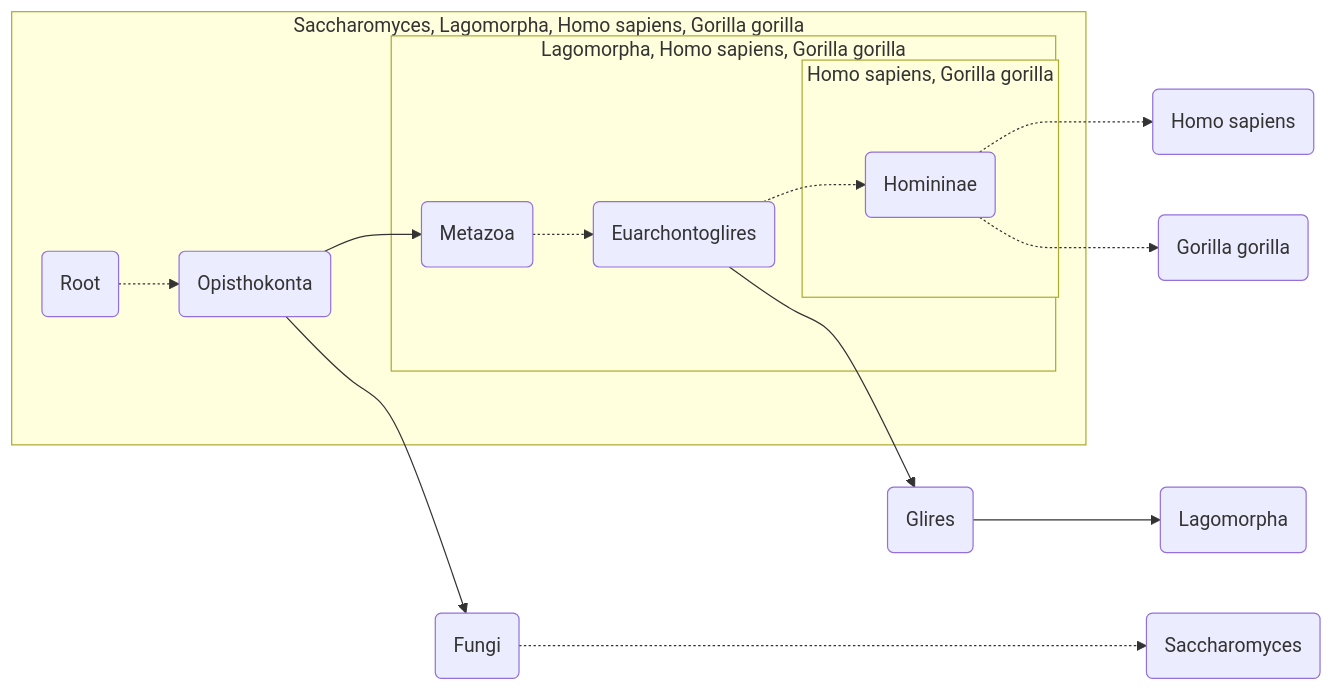
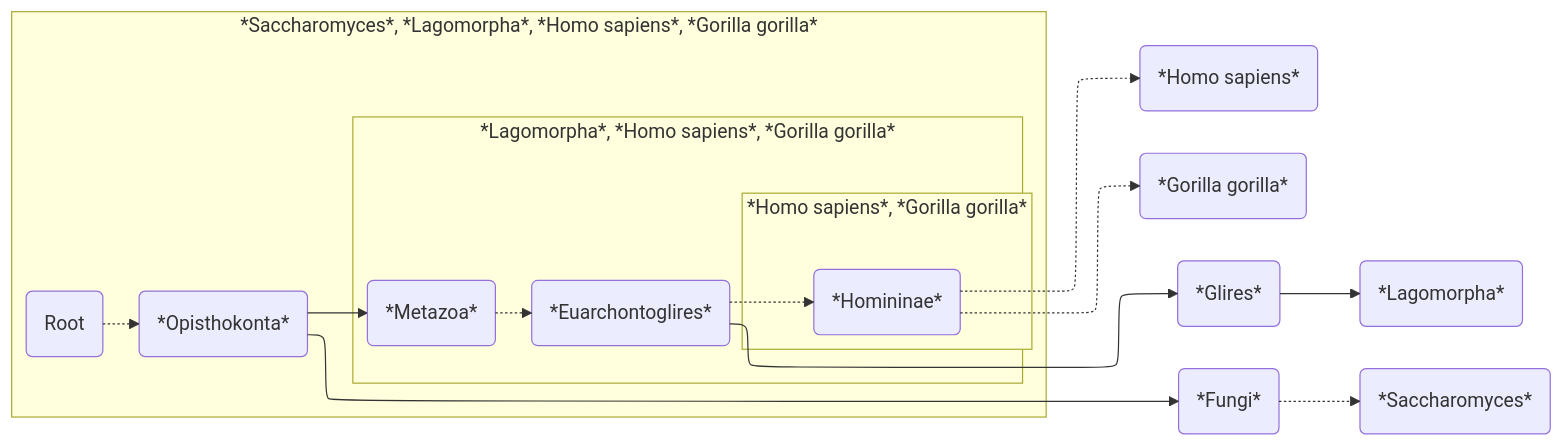
One commit to apcamargo/taxopy changed the third of 3 diagrams in docs/guide.md. Above: the diagram before and after it, drawn with Mermaid. The commit also changed other lines of this file and 3 other files, not shown here.

Commit message:
docs: use the ELK layout in diagrams

````diff
--- a/docs/guide.md
+++ b/docs/guide.md
@@ -188,18 +196,22 @@
 ```mermaid
+---
+config:
+  layout: elk
+---
 graph LR
-    subgraph cluster1 ["Saccharomyces, Lagomorpha, Homo sapiens, Gorilla gorilla"]
-        R(Root) -.-> O(Opisthokonta) --> M(Metazoa)
-        subgraph cluster2 ["Lagomorpha, Homo sapiens, Gorilla gorilla"]
-            M -.-> E(Euarchontoglires)
-            E -.-> HN(Homininae)
-            subgraph cluster3 ["Homo sapiens, Gorilla gorilla"]
+    subgraph cluster1 ["*Saccharomyces*, *Lagomorpha*, *Homo sapiens*, *Gorilla gorilla*"]
+        R(Root) -.-> O(*Opisthokonta*) --> M(*Metazoa*)
+        subgraph cluster2 ["*Lagomorpha*, *Homo sapiens*, *Gorilla gorilla*"]
+            M -.-> E(*Euarchontoglires*)
+            E -.-> HN(*Homininae*)
+            subgraph cluster3 ["*Homo sapiens*, *Gorilla gorilla*"]
                 HN
             end
         end
     end
-    HN -.-> H(Homo sapiens)
-    HN -.-> GG(Gorilla gorilla)
-    E --> G(Glires)
-    G --> L(Lagomorpha)
-    O --> F(Fungi) -...-> S(Saccharomyces)
+    HN -.-> H(*Homo sapiens*)
+    HN -.-> GG(*Gorilla gorilla*)
+    E --> G(*Glires*)
+    G --> L(*Lagomorpha*)
+    O --> F(*Fungi*) -...-> S(*Saccharomyces*)
 ```
````
